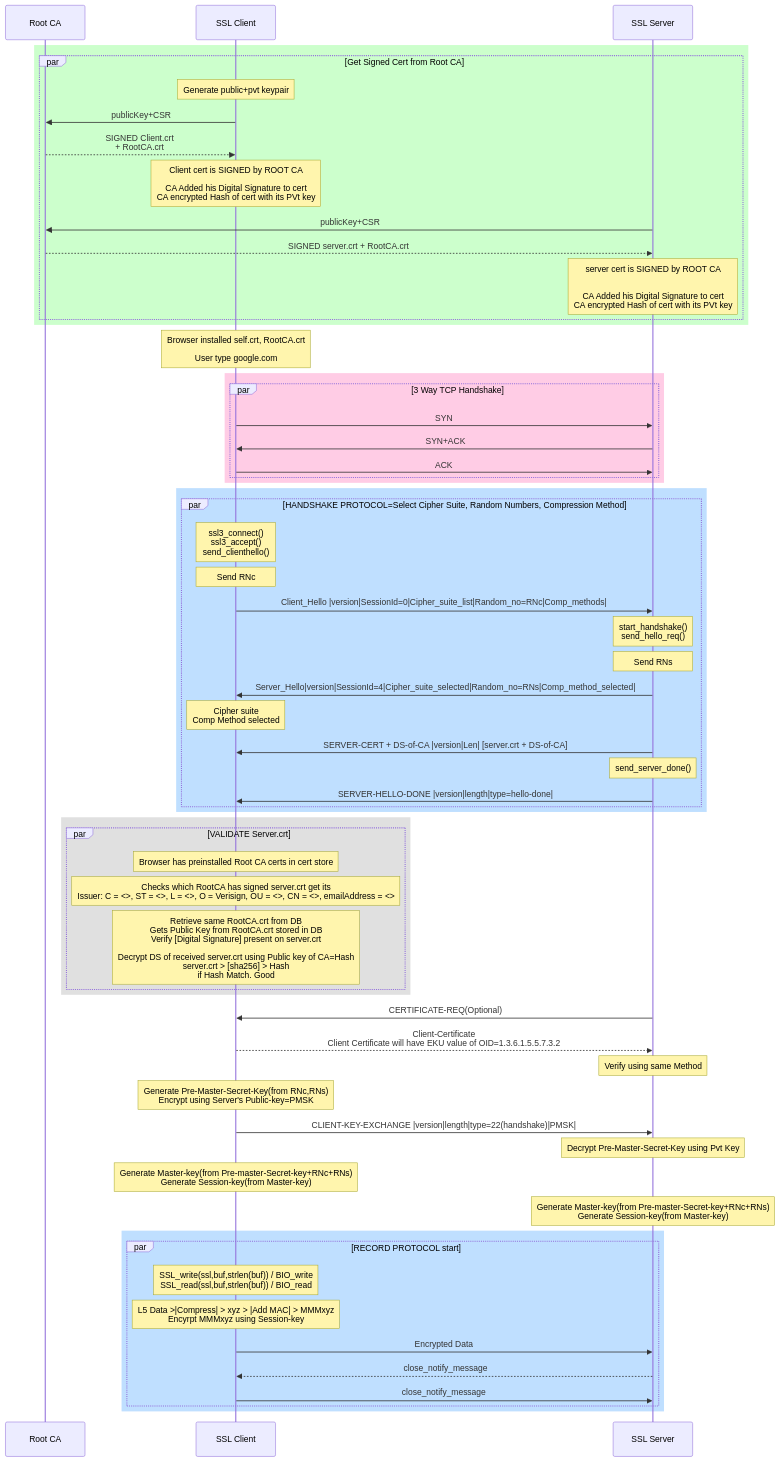
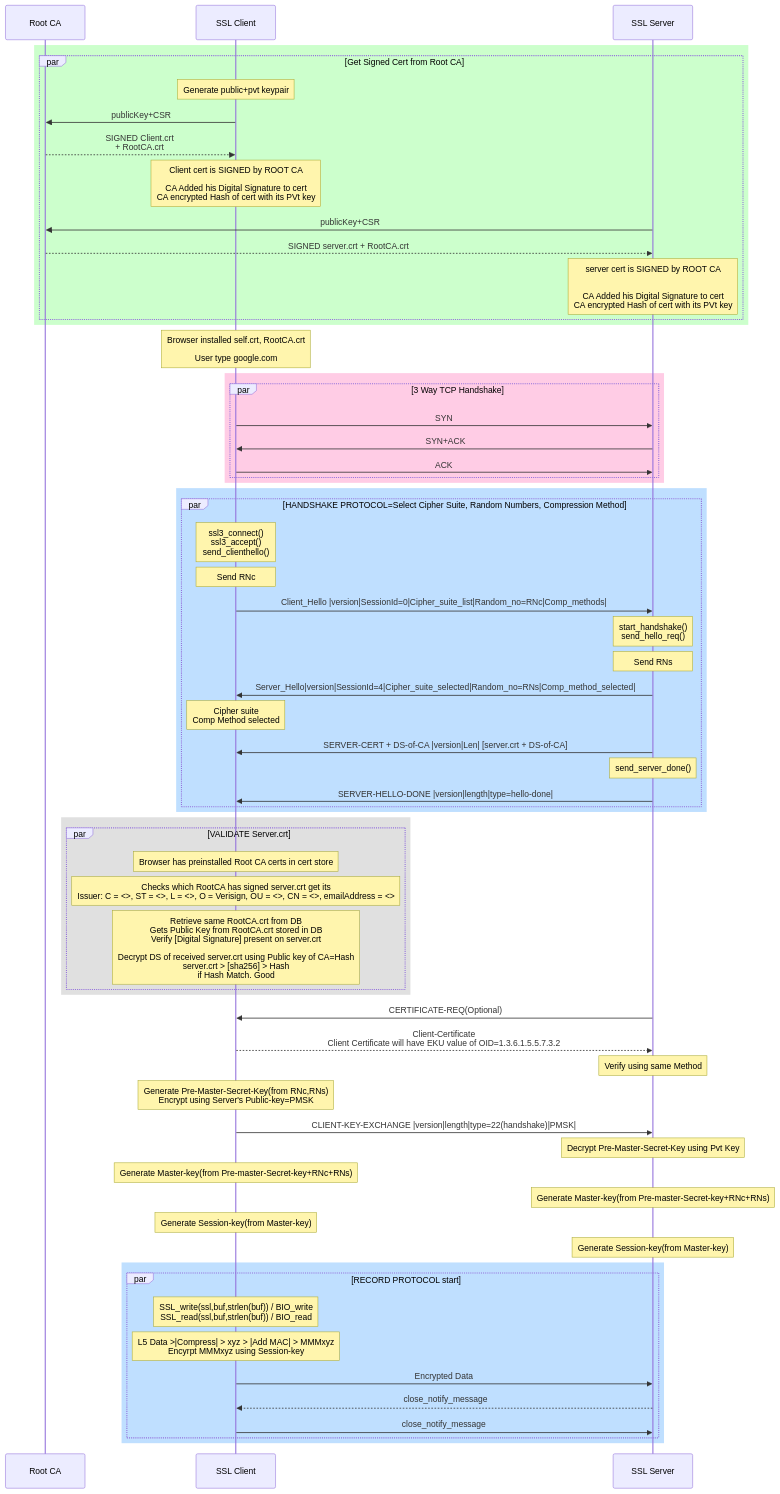
The diagram in Networking/OSI-Layers/Layer-7/Protocols/Encryption_Authentication/README.adoc (code-with-amitk/Code-examples), drawn with Mermaid before and after one commit.

````diff
--- a/Networking/OSI-Layers/Layer-7/Protocols/Encryption_Authentication/README.adoc
+++ b/Networking/OSI-Layers/Layer-7/Protocols/Encryption_Authentication/README.adoc
@@ -34,71 +34,73 @@
 ```mermaid
 sequenceDiagram
   participant r as Root CA
   participant c as SSL Client
   participant s as SSL Server
  
  rect rgb(204,255, 204)
  par Get Signed Cert from Root CA
  note over c: Generate public+pvt keypair
  c ->> r: publicKey+CSR
  r -->>c: SIGNED Client.crt<br>+ RootCA.crt
  Note over c:Client cert is SIGNED by ROOT CA<br><br>CA Added his Digital Signature to cert<br>CA encrypted Hash of cert with its PVt key
  s ->> r: publicKey+CSR
  r -->>s: SIGNED server.crt + RootCA.crt
  Note over s:server cert is SIGNED by ROOT CA<br><br><br>CA Added his Digital Signature to cert<br>CA encrypted Hash of cert with its PVt key
  end
  end
 
  Note over c: Browser installed self.crt, RootCA.crt<br><br>User type google.com
 
  rect rgb(255, 204, 229)
  par 3 Way TCP Handshake
  c ->> s: SYN
  s ->>c: SYN+ACK
  c ->>s: ACK
  end
  end
 
  rect rgb(191, 223, 255)
  par HANDSHAKE PROTOCOL=Select Cipher Suite, Random Numbers, Compression Method
  Note over c: ssl3_connect()<br>ssl3_accept()<br>send_clienthello()
  Note over c: Send RNc
  c ->> s:Client_Hello |version|SessionId=0|Cipher_suite_list|Random_no=RNc|Comp_methods|
  Note over s: start_handshake() <br> send_hello_req()
  Note over s: Send RNs
  s ->> c: Server_Hello|version|SessionId=4|Cipher_suite_selected|Random_no=RNs|Comp_method_selected|
  Note over c: Cipher suite <br> Comp Method selected
  s ->> c: SERVER-CERT + DS-of-CA |version|Len| [server.crt + DS-of-CA]
  Note over s: send_server_done()
  s ->> c: SERVER-HELLO-DONE |version|length|type=hello-done|
  end
  end
 
  rect rgb(224, 224, 224)
  par VALIDATE Server.crt
  Note over c: Browser has preinstalled Root CA certs in cert store
  Note over c: Checks which RootCA has signed server.crt get its <br> Issuer: C = <>, ST = <>, L = <>, O = Verisign, OU = <>, CN = <>, emailAddress = <>
  Note over c: Retrieve same RootCA.crt from DB<br>Gets Public Key from RootCA.crt stored in DB<br>Verify [Digital Signature] present on server.crt<br><br>Decrypt DS of received server.crt using Public key of CA=Hash<br>server.crt > [sha256] > Hash<br>if Hash Match. Good
  end
  end
  
  s->> c:CERTIFICATE-REQ(Optional)
  c-->>s:Client-Certificate<br>Client Certificate will have EKU value of OID=1.3.6.1.5.5.7.3.2
  Note over s:Verify using same Method
 
  Note over c:Generate Pre-Master-Secret-Key(from RNc,RNs)<br>Encrypt using Server's Public-key=PMSK
  c->>s:CLIENT-KEY-EXCHANGE |version|length|type=22(handshake)|PMSK|
  Note over s:Decrypt Pre-Master-Secret-Key using Pvt Key
- Note over c:Generate Master-key(from Pre-master-Secret-key+RNc+RNs)<br> Generate Session-key(from Master-key)
- Note over s:Generate Master-key(from Pre-master-Secret-key+RNc+RNs)<br> Generate Session-key(from Master-key)
+ Note over c:Generate Master-key(from Pre-master-Secret-key+RNc+RNs)
+ Note over s:Generate Master-key(from Pre-master-Secret-key+RNc+RNs)
+ Note over c:Generate Session-key(from Master-key)
+ Note over s:Generate Session-key(from Master-key)
 
 rect rgb(191, 223, 255)
 par RECORD PROTOCOL start
 Note over c:SSL_write(ssl,buf,strlen(buf)) / BIO_write<br>SSL_read(ssl,buf,strlen(buf)) / BIO_read
 Note over c: L5 Data >|Compress| > xyz > |Add MAC| > MMMxyz<br> Encyrpt MMMxyz using Session-key
 c->>s: Encrypted Data
 s-->>c:close_notify_message
 c->>s:close_notify_message
 end
 end
 ```
````
